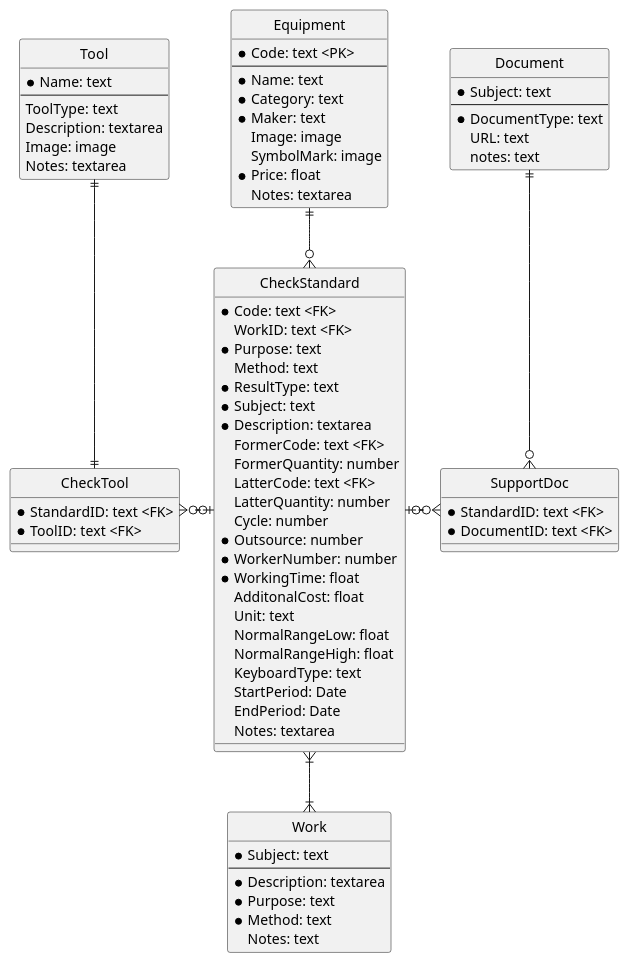
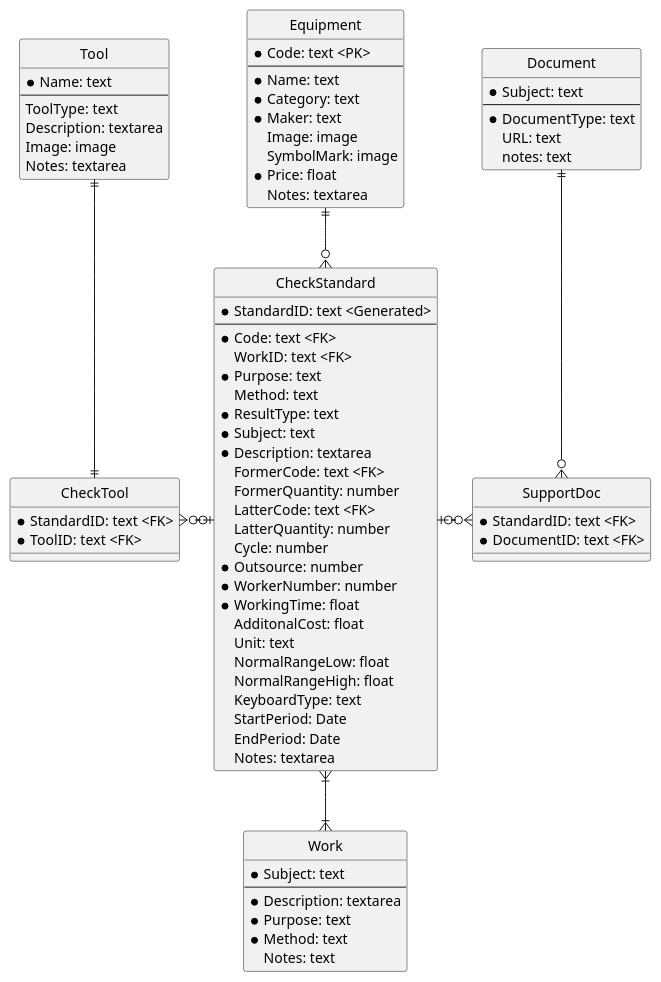
The diagram in er_check_standard.pu (himiz6912/mms), drawn with PlantUML before and after one commit. The commit also changed 3 other files, not shown here.

```diff
--- a/er_check_standard.pu
+++ b/er_check_standard.pu
@@ -1,86 +1,88 @@
 @startuml
 hide circle
 skinparam linetype ortho
 
 entity CheckStandard {
+    * StandardID: text <Generated>
+    --
     * Code: text <FK>
     WorkID: text <FK>
     * Purpose: text
     Method: text
     * ResultType: text
     * Subject: text
     * Description: textarea
     FormerCode: text <FK>
     FormerQuantity: number
     LatterCode: text <FK>
     LatterQuantity: number
     Cycle: number
     * Outsource: number
     * WorkerNumber: number
     * WorkingTime: float
     AdditonalCost: float
     Unit: text
     NormalRangeLow: float
     NormalRangeHigh: float
     KeyboardType: text
     StartPeriod: Date
     EndPeriod: Date
     Notes: textarea
 }
 ' Method: Cleaning/ Visual check/ Listening check/ Touching check/ Measurement/ Recording/ Replacement/ Confirmation
 ' ResultType: Check/ Measure/ TakePicture/ Upload/ Replace/ Apply/ Propose 
 entity CheckTool {
     * StandardID: text <FK>
     * ToolID: text <FK>
 }
 entity SupportDoc {
     * StandardID: text <FK>
     * DocumentID: text <FK>
 }
 entity Equipment {
     * Code: text <PK>
     --
     * Name: text
     * Category: text
     * Maker: text
     Image: image
     SymbolMark: image
     * Price: float
     Notes: textarea
 }
 ' Category: Camera/ Recorder/ Periferals/ Panel/ Display/ Sensor/ Mount/ Output/ Communicator/ Power supply/ Battery
 entity Work{
     * Subject: text
     --
     * Description: textarea
     * Purpose: text
     * Method: text
     Notes: text
 }
 ' Purpose: Cleaning/ Function check/ Performance test/ Safety check/ Environment check/ Prevention measures/ Prevention measures/ Normalization/ Operation check
 ' add Campaign and special check
 entity Tool {
     * Name: text
     --
     ToolType: text
     Description: textarea
     Image: image
     Notes: textarea
 }
 ' ToolType: Indivisual tool/ Shared tool/ Purchaising/ Rental
 entity Document {
     * Subject: text
     --
     * DocumentType: text
     URL: text
     notes: text
 }
 ' DocumentType: Manual/ Instructions/ Checklist/ Contract/ Appearance/ Drawing
 
 Equipment ||--o{ CheckStandard
 Tool ||-d-|| CheckTool
 CheckTool }o-r-o| CheckStandard
 Document ||-d-o{ SupportDoc
 SupportDoc }o-l-o| CheckStandard
 CheckStandard }|--|{ Work
 @enduml
```
